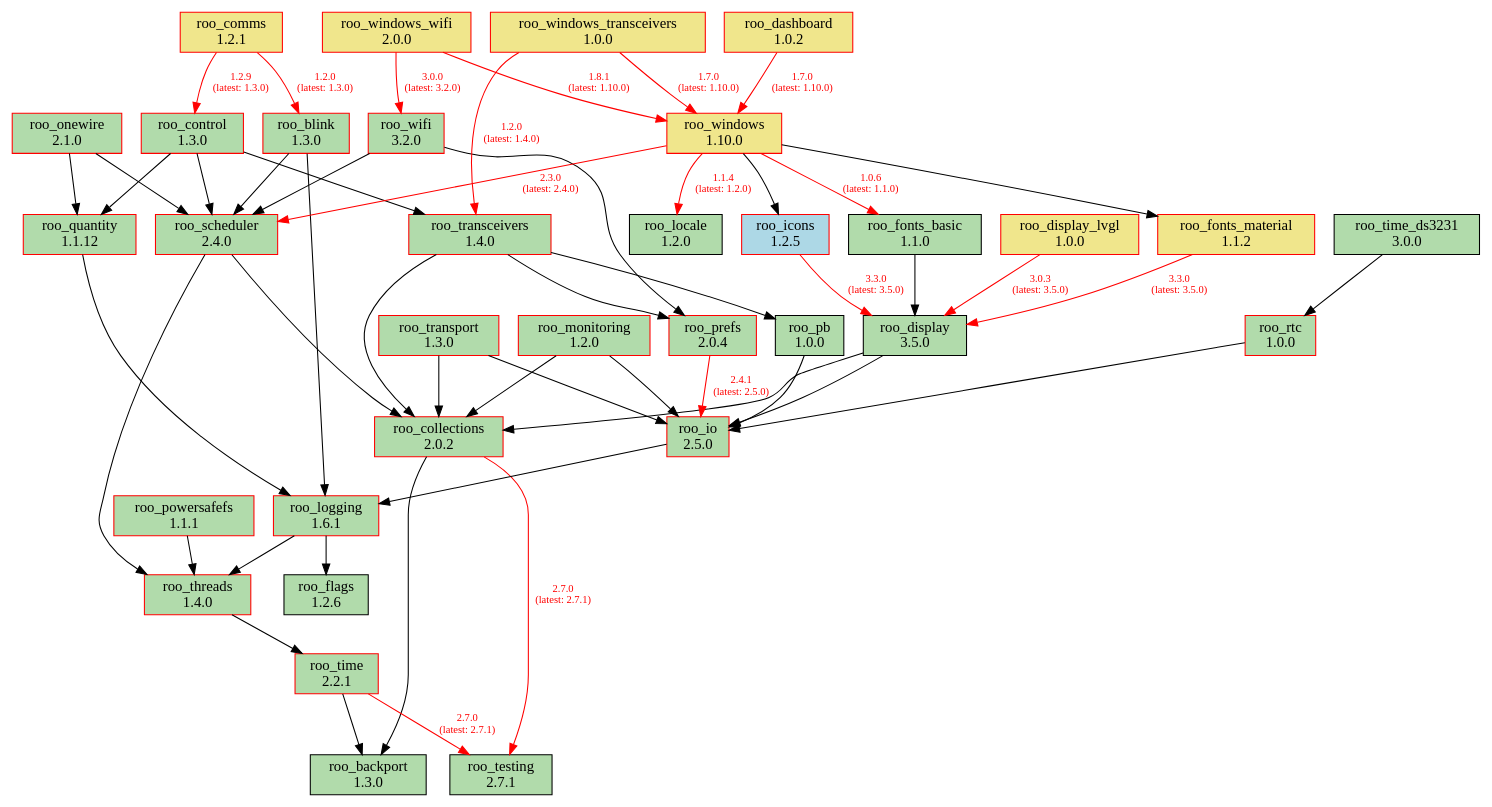
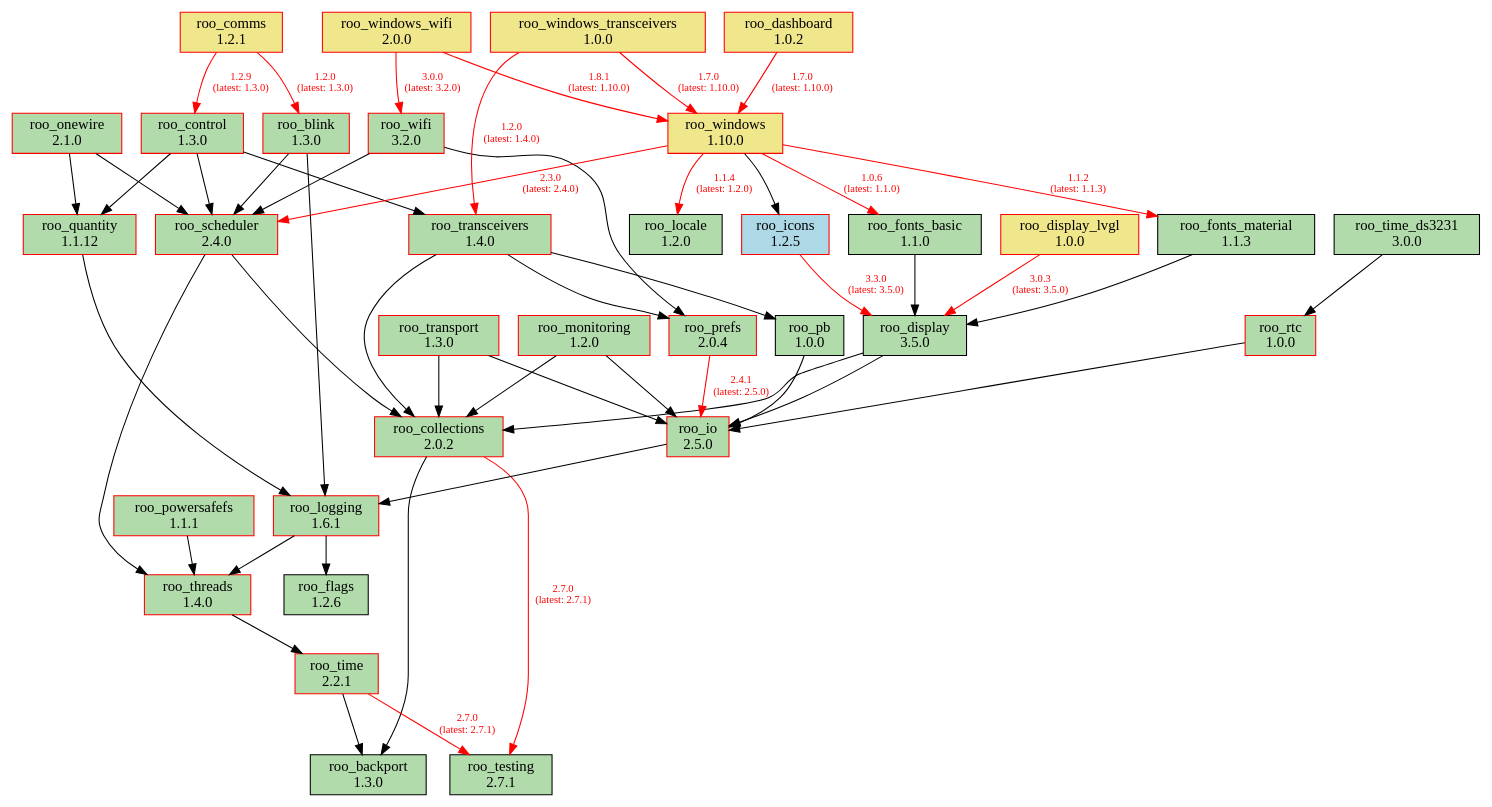
One commit to dejwk/roo-registry changed the diagram in doc/dependencies.dot. Above: the diagram before and after it, drawn with Graphviz. The commit also changed 3 other files, not shown here.

Commit message:
Added roo_fonts_material 1.1.3 to the registry.

```diff
--- a/doc/dependencies.dot
+++ b/doc/dependencies.dot
@@ -1,92 +1,92 @@
 digraph dependencies {
     rankdir=TB;
     node [shape=box, style=filled];
     edge [fontsize=10];
 
     // Modules
     "roo_backport" [label="roo_backport\n1.3.0", fillcolor="#b1dbab", color="black"];
     "roo_blink" [label="roo_blink\n1.3.0", fillcolor="#b1dbab", color="red"];
     "roo_collections" [label="roo_collections\n2.0.2", fillcolor="#b1dbab", color="red"];
     "roo_comms" [label="roo_comms\n1.2.1", fillcolor="khaki", color="red"];
     "roo_control" [label="roo_control\n1.3.0", fillcolor="#b1dbab", color="red"];
     "roo_dashboard" [label="roo_dashboard\n1.0.2", fillcolor="khaki", color="red"];
     "roo_display" [label="roo_display\n3.5.0", fillcolor="#b1dbab", color="black"];
     "roo_display_lvgl" [label="roo_display_lvgl\n1.0.0", fillcolor="khaki", color="red"];
     "roo_flags" [label="roo_flags\n1.2.6", fillcolor="#b1dbab", color="black"];
     "roo_fonts_basic" [label="roo_fonts_basic\n1.1.0", fillcolor="#b1dbab", color="black"];
-    "roo_fonts_material" [label="roo_fonts_material\n1.1.2", fillcolor="khaki", color="red"];
+    "roo_fonts_material" [label="roo_fonts_material\n1.1.3", fillcolor="#b1dbab", color="black"];
     "roo_icons" [label="roo_icons\n1.2.5", fillcolor="lightblue", color="red"];
     "roo_io" [label="roo_io\n2.5.0", fillcolor="#b1dbab", color="red"];
     "roo_locale" [label="roo_locale\n1.2.0", fillcolor="#b1dbab", color="black"];
     "roo_logging" [label="roo_logging\n1.6.1", fillcolor="#b1dbab", color="red"];
     "roo_monitoring" [label="roo_monitoring\n1.2.0", fillcolor="#b1dbab", color="red"];
     "roo_onewire" [label="roo_onewire\n2.1.0", fillcolor="#b1dbab", color="red"];
     "roo_pb" [label="roo_pb\n1.0.0", fillcolor="#b1dbab", color="black"];
     "roo_powersafefs" [label="roo_powersafefs\n1.1.1", fillcolor="#b1dbab", color="red"];
     "roo_prefs" [label="roo_prefs\n2.0.4", fillcolor="#b1dbab", color="red"];
     "roo_quantity" [label="roo_quantity\n1.1.12", fillcolor="#b1dbab", color="red"];
     "roo_rtc" [label="roo_rtc\n1.0.0", fillcolor="#b1dbab", color="red"];
     "roo_scheduler" [label="roo_scheduler\n2.4.0", fillcolor="#b1dbab", color="red"];
     "roo_testing" [label="roo_testing\n2.7.1", fillcolor="#b1dbab", color="black"];
     "roo_threads" [label="roo_threads\n1.4.0", fillcolor="#b1dbab", color="red"];
     "roo_time" [label="roo_time\n2.2.1", fillcolor="#b1dbab", color="red"];
     "roo_time_ds3231" [label="roo_time_ds3231\n3.0.0", fillcolor="#b1dbab", color="black"];
     "roo_transceivers" [label="roo_transceivers\n1.4.0", fillcolor="#b1dbab", color="red"];
     "roo_transport" [label="roo_transport\n1.3.0", fillcolor="#b1dbab", color="red"];
     "roo_wifi" [label="roo_wifi\n3.2.0", fillcolor="#b1dbab", color="red"];
     "roo_windows" [label="roo_windows\n1.10.0", fillcolor="khaki", color="red"];
     "roo_windows_transceivers" [label="roo_windows_transceivers\n1.0.0", fillcolor="khaki", color="red"];
     "roo_windows_wifi" [label="roo_windows_wifi\n2.0.0", fillcolor="khaki", color="red"];
 
     // Dependencies
     "roo_blink" -> "roo_logging";
     "roo_blink" -> "roo_scheduler";
     "roo_collections" -> "roo_testing" [color=red, fontcolor=red, label="2.7.0\n(latest: 2.7.1)"];
     "roo_collections" -> "roo_backport";
     "roo_comms" -> "roo_blink" [color=red, fontcolor=red, label="1.2.0\n(latest: 1.3.0)"];
     "roo_comms" -> "roo_control" [color=red, fontcolor=red, label="1.2.9\n(latest: 1.3.0)"];
     "roo_control" -> "roo_quantity";
     "roo_control" -> "roo_scheduler";
     "roo_control" -> "roo_transceivers";
     "roo_dashboard" -> "roo_windows" [color=red, fontcolor=red, label="1.7.0\n(latest: 1.10.0)"];
     "roo_display" -> "roo_collections";
     "roo_display" -> "roo_io";
     "roo_display_lvgl" -> "roo_display" [color=red, fontcolor=red, label="3.0.3\n(latest: 3.5.0)"];
     "roo_fonts_basic" -> "roo_display";
-    "roo_fonts_material" -> "roo_display" [color=red, fontcolor=red, label="3.3.0\n(latest: 3.5.0)"];
+    "roo_fonts_material" -> "roo_display";
     "roo_icons" -> "roo_display" [color=red, fontcolor=red, label="3.3.0\n(latest: 3.5.0)"];
     "roo_io" -> "roo_logging";
     "roo_logging" -> "roo_flags";
     "roo_logging" -> "roo_threads";
     "roo_monitoring" -> "roo_collections";
     "roo_monitoring" -> "roo_io";
     "roo_onewire" -> "roo_scheduler";
     "roo_onewire" -> "roo_quantity";
     "roo_pb" -> "roo_io";
     "roo_powersafefs" -> "roo_threads";
     "roo_prefs" -> "roo_io" [color=red, fontcolor=red, label="2.4.1\n(latest: 2.5.0)"];
     "roo_quantity" -> "roo_logging";
     "roo_rtc" -> "roo_io";
     "roo_scheduler" -> "roo_collections";
     "roo_scheduler" -> "roo_threads";
     "roo_threads" -> "roo_time";
     "roo_time" -> "roo_testing" [color=red, fontcolor=red, label="2.7.0\n(latest: 2.7.1)"];
     "roo_time" -> "roo_backport";
     "roo_time_ds3231" -> "roo_rtc";
     "roo_transceivers" -> "roo_pb";
     "roo_transceivers" -> "roo_collections";
     "roo_transceivers" -> "roo_prefs";
     "roo_transport" -> "roo_collections";
     "roo_transport" -> "roo_io";
     "roo_wifi" -> "roo_prefs";
     "roo_wifi" -> "roo_scheduler";
     "roo_windows" -> "roo_fonts_basic" [color=red, fontcolor=red, label="1.0.6\n(latest: 1.1.0)"];
-    "roo_windows" -> "roo_fonts_material";
+    "roo_windows" -> "roo_fonts_material" [color=red, fontcolor=red, label="1.1.2\n(latest: 1.1.3)"];
     "roo_windows" -> "roo_locale" [color=red, fontcolor=red, label="1.1.4\n(latest: 1.2.0)"];
     "roo_windows" -> "roo_icons";
     "roo_windows" -> "roo_scheduler" [color=red, fontcolor=red, label="2.3.0\n(latest: 2.4.0)"];
     "roo_windows_transceivers" -> "roo_transceivers" [color=red, fontcolor=red, label="1.2.0\n(latest: 1.4.0)"];
     "roo_windows_transceivers" -> "roo_windows" [color=red, fontcolor=red, label="1.7.0\n(latest: 1.10.0)"];
     "roo_windows_wifi" -> "roo_wifi" [color=red, fontcolor=red, label="3.0.0\n(latest: 3.2.0)"];
     "roo_windows_wifi" -> "roo_windows" [color=red, fontcolor=red, label="1.8.1\n(latest: 1.10.0)"];
 }
```
